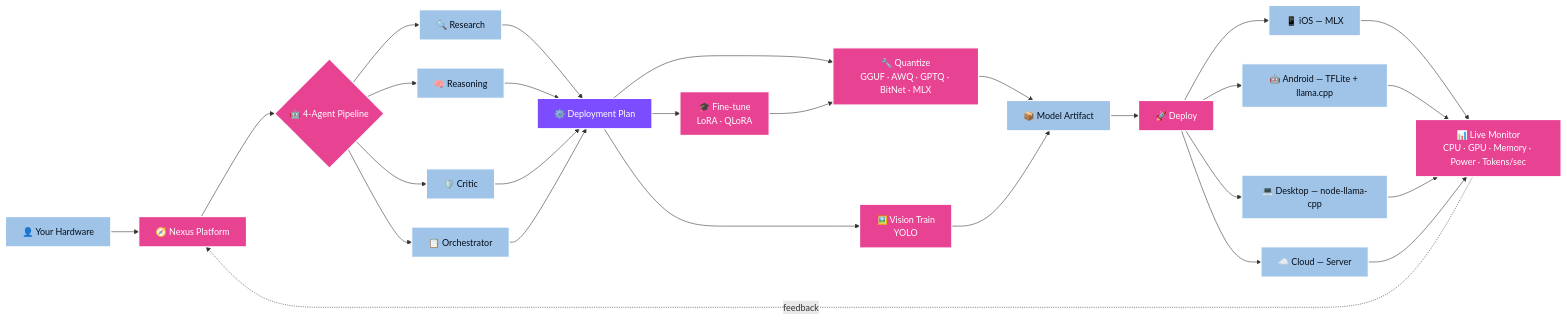
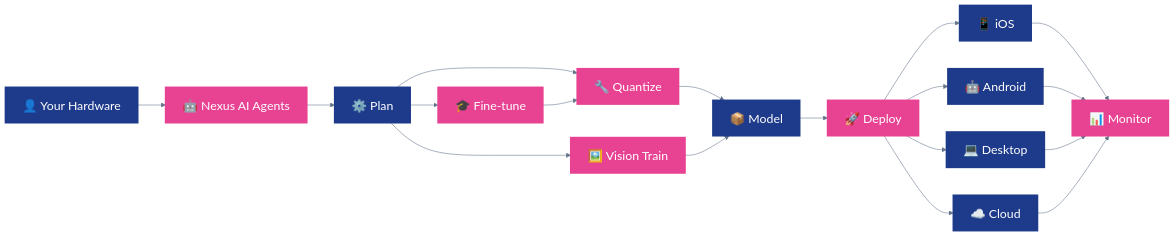
The diagram in README.md (qpiai/nexus), drawn with Mermaid before and after one commit. The commit also changed other lines of this file, not shown here.

Commit message:
✨ Updating the architecture in readme

````diff
--- a/README.md
+++ b/README.md
@@ -136,37 +138,27 @@
 ```mermaid
+%%{init: {'theme':'base', 'themeVariables': {'fontSize':'22px','fontFamily':'Inter, Helvetica, Arial, sans-serif','lineColor':'#64748b'}}}%%
 graph LR
-    A["👤 Your Hardware"] --> B["🧭 Nexus Platform"]
-    B --> C{"🤖 4-Agent Pipeline"}
-    C --> D["🔍 Research"]
-    C --> E["🧠 Reasoning"]
-    C --> F["🛡️ Critic"]
-    C --> G["📋 Orchestrator"]
-    D --> H["⚙️ Deployment Plan"]
-    E --> H
-    F --> H
-    G --> H
-    H --> I["🎓 Fine-tune<br/>LoRA · QLoRA"]
-    H --> J["🔧 Quantize<br/>GGUF · AWQ · GPTQ · BitNet · MLX"]
-    H --> K["🖼️ Vision Train<br/>YOLO"]
-    I --> J
-    J --> L["📦 Model Artifact"]
-    K --> L
-    L --> M["🚀 Deploy"]
-    M --> N["📱 iOS — MLX"]
-    M --> O["🤖 Android — TFLite + llama.cpp"]
-    M --> P["💻 Desktop — node-llama-cpp"]
-    M --> Q["☁️ Cloud — Server"]
-    N --> R["📊 Live Monitor<br/>CPU · GPU · Memory · Power · Tokens/sec"]
-    O --> R
-    P --> R
-    Q --> R
-    R -.feedback.-> B
+    A["👤 Your Hardware"] --> B["🤖 Nexus AI Agents"]
+    B --> C["⚙️ Plan"]
+    C --> D["🎓 Fine-tune"]
+    C --> E["🔧 Quantize"]
+    C --> F["🖼️ Vision Train"]
+    D --> E
+    E --> G["📦 Model"]
+    F --> G
+    G --> H["🚀 Deploy"]
+    H --> I["📱 iOS"]
+    H --> J["🤖 Android"]
+    H --> K["💻 Desktop"]
+    H --> L["☁️ Cloud"]
+    I --> M["📊 Monitor"]
+    J --> M
+    K --> M
+    L --> M
 
-    classDef pink fill:#E84393,stroke:#ffffff,color:#ffffff,stroke-width:2px
-    classDef blue fill:#A0C4E8,stroke:#ffffff,color:#040c18,stroke-width:2px
-    classDef plan fill:#7c4dff,stroke:#ffffff,color:#ffffff,stroke-width:2px
+    classDef pink fill:#E84393,stroke:#E84393,color:#ffffff,stroke-width:3px,font-size:22px
+    classDef blue fill:#1e3a8a,stroke:#1e3a8a,color:#ffffff,stroke-width:3px,font-size:22px
 
-    class A,D,E,F,G,L,N,O,P,Q blue
-    class B,C,I,J,K,M,R pink
-    class H plan
+    class B,D,E,F,H,M pink
+    class A,C,G,I,J,K,L blue
 ```
````
